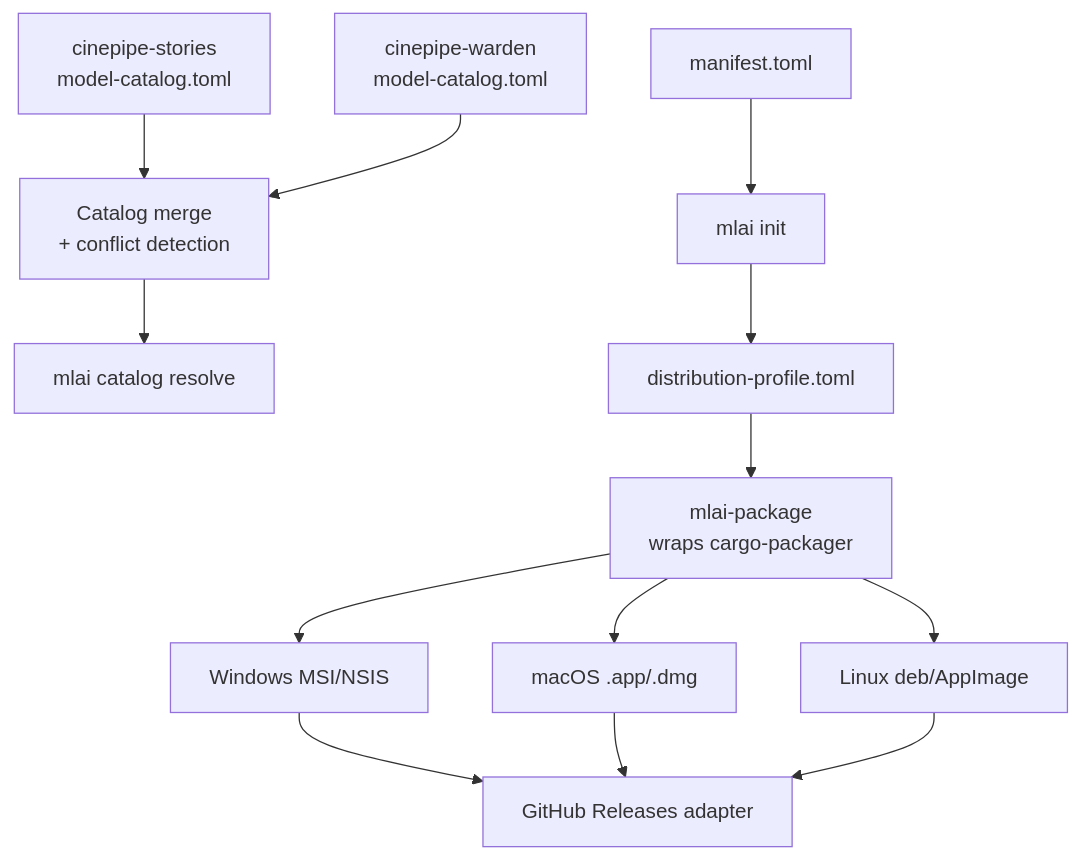
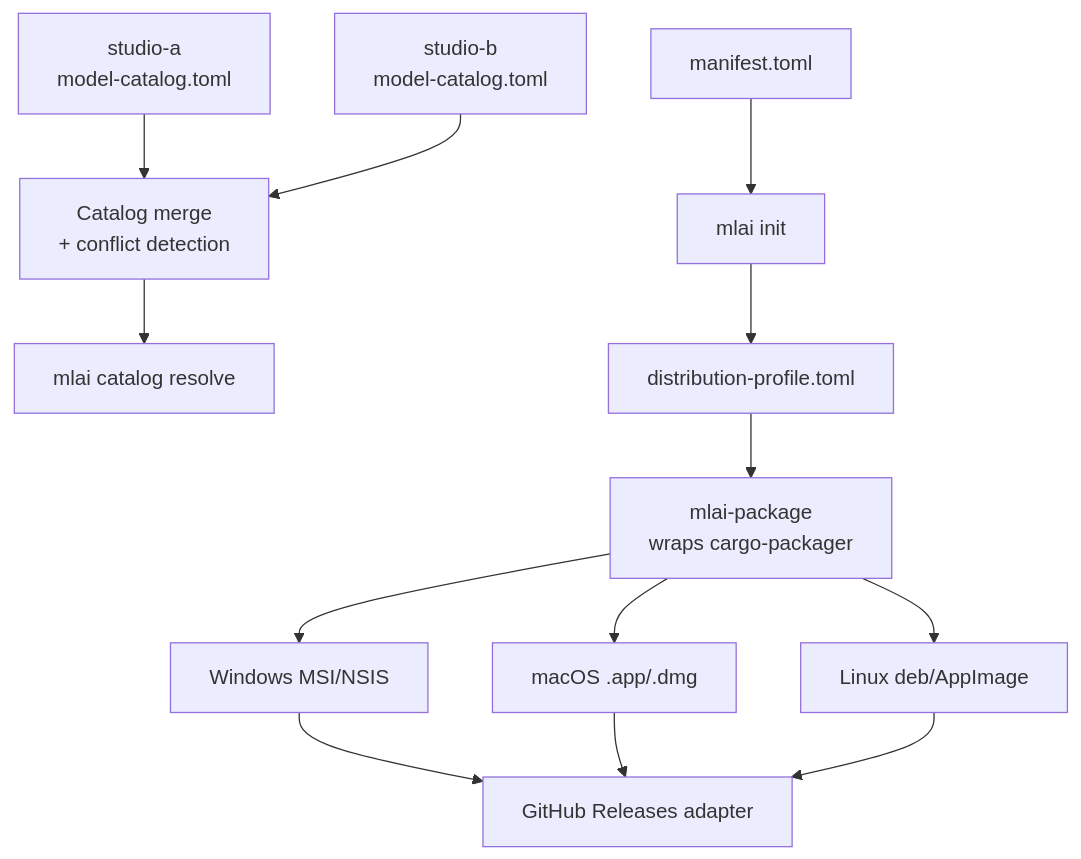
Before and after one commit to Trusted-Autonomy/MLAppInstaller: the diagram in docs/superpowers/specs/2026-08-15-distribution-packaging-framework-design.md, drawn with Mermaid. The commit also changed other lines of this file and 30 other files, not shown here.

````diff
--- a/docs/superpowers/specs/2026-08-15-distribution-packaging-framework-design.md
+++ b/docs/superpowers/specs/2026-08-15-distribution-packaging-framework-design.md
@@ -108,13 +108,13 @@
 ```mermaid
 graph TD
     Manifest[manifest.toml] --> Wizard[mlai init]
-    Frag1[cinepipe-stories<br/>model-catalog.toml] --> Merge[Catalog merge<br/>+ conflict detection]
-    Frag2[cinepipe-warden<br/>model-catalog.toml] --> Merge
+    Frag1[studio-a<br/>model-catalog.toml] --> Merge[Catalog merge<br/>+ conflict detection]
+    Frag2[studio-b<br/>model-catalog.toml] --> Merge
     Merge --> Resolver[mlai catalog resolve]
     Wizard --> Profile[distribution-profile.toml]
     Profile --> Package[mlai-package<br/>wraps cargo-packager]
     Package --> MSI[Windows MSI/NSIS]
     Package --> DMG[macOS .app/.dmg]
     Package --> DEB[Linux deb/AppImage]
     MSI & DMG & DEB --> Deploy[GitHub Releases adapter]
 ```
````
